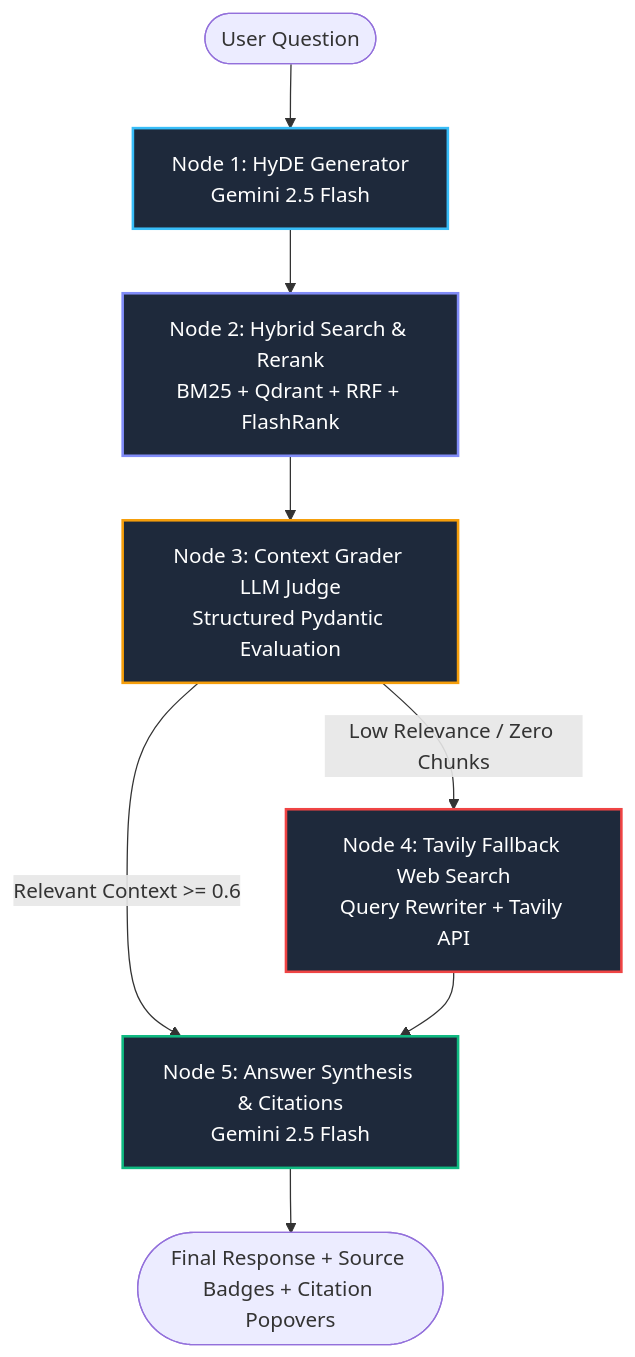
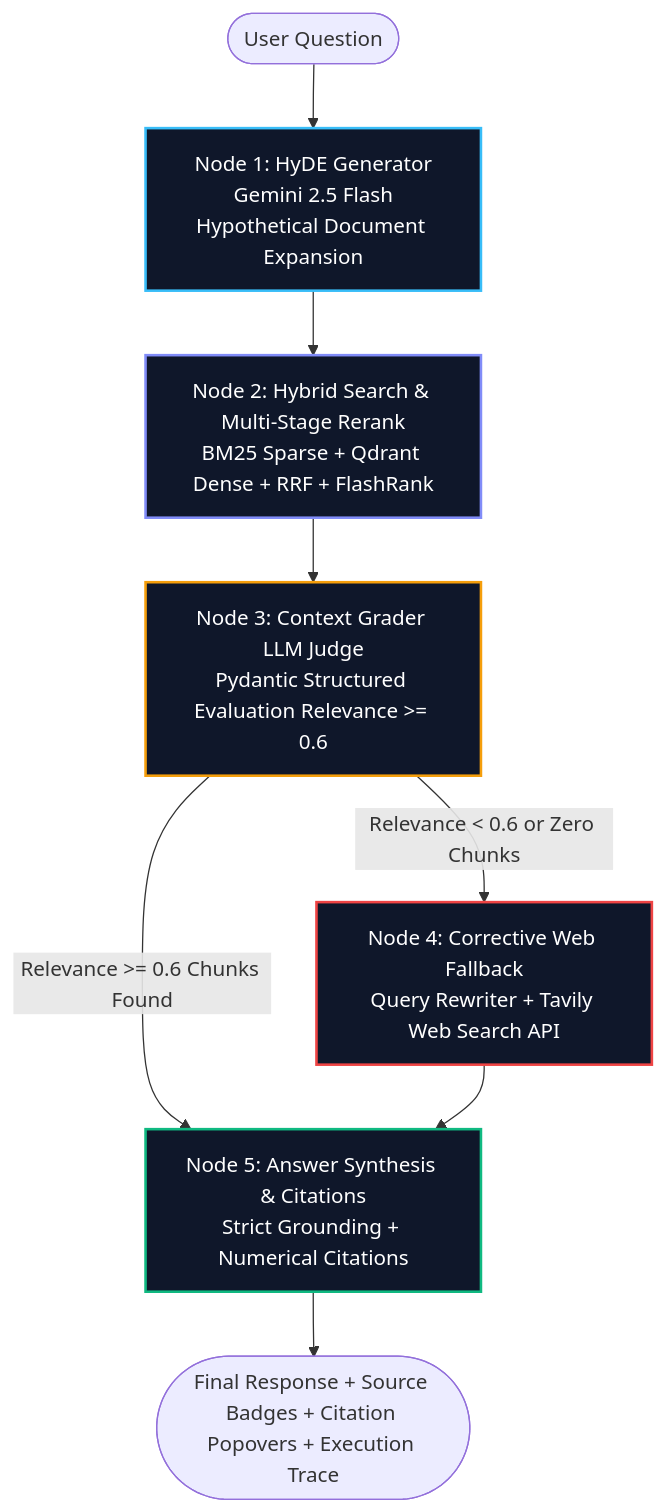
Before and after one commit to sounakss7/agentic-rag-engine: the first of 3 diagrams in README.md, drawn with Mermaid. The commit also changed other lines of this file, not shown here.

Commit message:
docs: enrich README with comprehensive architecture, mathematical formulas, Docker setup, and troubleshooting

````diff
--- a/README.md
+++ b/README.md
@@ -65,18 +115,18 @@
 ```mermaid
 flowchart TD
-    Start([User Question]) --> Node1[Node 1: HyDE Generator\nGemini 2.5 Flash]
-    Node1 --> Node2[Node 2: Hybrid Search & Rerank\nBM25 + Qdrant + RRF + FlashRank]
-    Node2 --> Node3[Node 3: Context Grader LLM Judge\nStructured Pydantic Evaluation]
+    Start([User Question]) --> Node1[Node 1: HyDE Generator\nGemini 2.5 Flash\nHypothetical Document Expansion]
+    Node1 --> Node2[Node 2: Hybrid Search & Multi-Stage Rerank\nBM25 Sparse + Qdrant Dense + RRF + FlashRank]
+    Node2 --> Node3[Node 3: Context Grader LLM Judge\nPydantic Structured Evaluation Relevance >= 0.6]
     
-    Node3 -->|Relevant Context >= 0.6| Node5[Node 5: Answer Synthesis & Citations\nGemini 2.5 Flash]
-    Node3 -->|Low Relevance / Zero Chunks| Node4[Node 4: Tavily Fallback Web Search\nQuery Rewriter + Tavily API]
+    Node3 -->|Relevance >= 0.6 Chunks Found| Node5[Node 5: Answer Synthesis & Citations\nStrict Grounding + Numerical Citations]
+    Node3 -->|Relevance < 0.6 or Zero Chunks| Node4[Node 4: Corrective Web Fallback\nQuery Rewriter + Tavily Web Search API]
     Node4 --> Node5
     
-    Node5 --> End([Final Response + Source Badges + Citation Popovers])
+    Node5 --> End([Final Response + Source Badges + Citation Popovers + Execution Trace])
 
-    style Node1 fill:#1e293b,stroke:#38bdf8,stroke-width:2px,color:#fff
-    style Node2 fill:#1e293b,stroke:#818cf8,stroke-width:2px,color:#fff
-    style Node3 fill:#1e293b,stroke:#f59e0b,stroke-width:2px,color:#fff
-    style Node4 fill:#1e293b,stroke:#ef4444,stroke-width:2px,color:#fff
-    style Node5 fill:#1e293b,stroke:#10b981,stroke-width:2px,color:#fff
+    style Node1 fill:#0f172a,stroke:#38bdf8,stroke-width:2px,color:#fff
+    style Node2 fill:#0f172a,stroke:#818cf8,stroke-width:2px,color:#fff
+    style Node3 fill:#0f172a,stroke:#f59e0b,stroke-width:2px,color:#fff
+    style Node4 fill:#0f172a,stroke:#ef4444,stroke-width:2px,color:#fff
+    style Node5 fill:#0f172a,stroke:#10b981,stroke-width:2px,color:#fff
 ```
````
